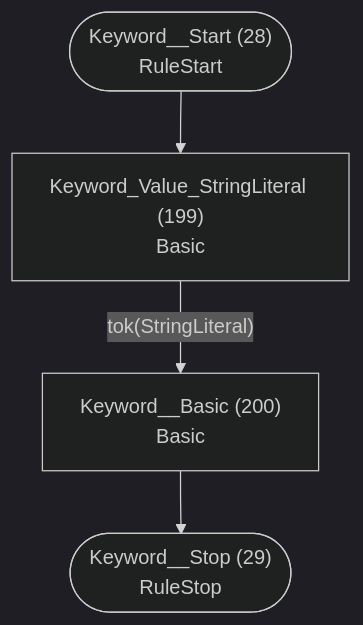
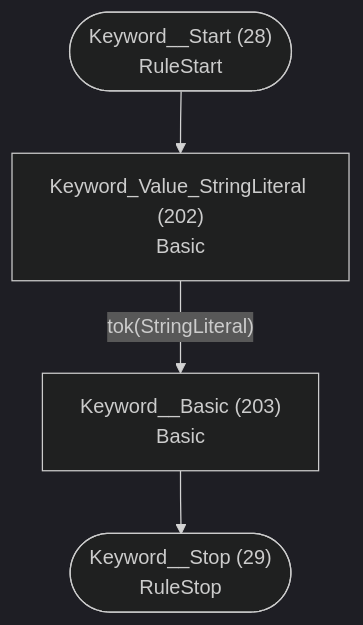
Before and after one commit to TypeFox/fastbelt: diagram 15 of 26 in internal/grammar/atn.md, drawn with Mermaid (dark theme). The commit also changed other lines of this file and 16 other files, not shown here.

````diff
--- a/internal/grammar/atn.md
+++ b/internal/grammar/atn.md
@@ -472,11 +479,11 @@
 ```mermaid
 flowchart TD
     q28(["Keyword__Start (28)<br/>RuleStart"])
     q29(["Keyword__Stop (29)<br/>RuleStop"])
-    q199["Keyword_Value_StringLiteral (199)<br/>Basic<br/>"]
-    q200["Keyword__Basic (200)<br/>Basic<br/>"]
+    q202["Keyword_Value_StringLiteral (202)<br/>Basic<br/>"]
+    q203["Keyword__Basic (203)<br/>Basic<br/>"]
 
-    q28 --> q199
-    q199 -->|"tok(StringLiteral)"| q200
-    q200 --> q29
+    q28 --> q202
+    q202 -->|"tok(StringLiteral)"| q203
+    q203 --> q29
 ```
````
